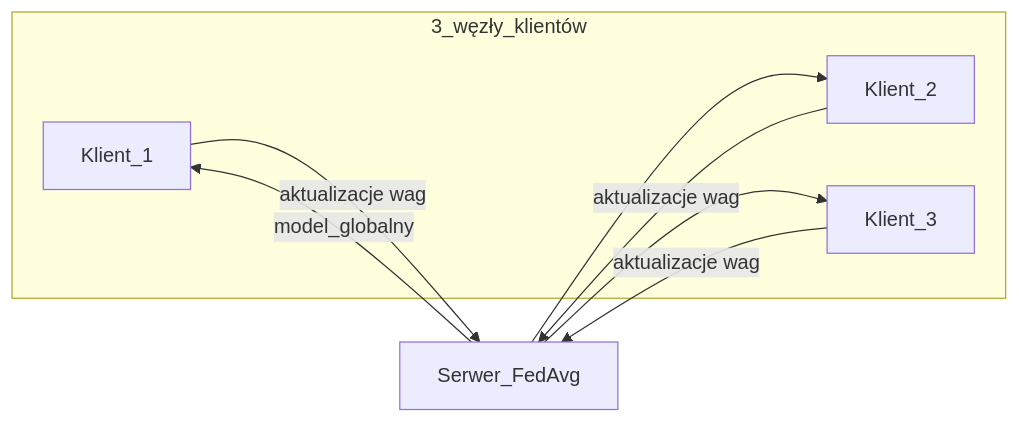
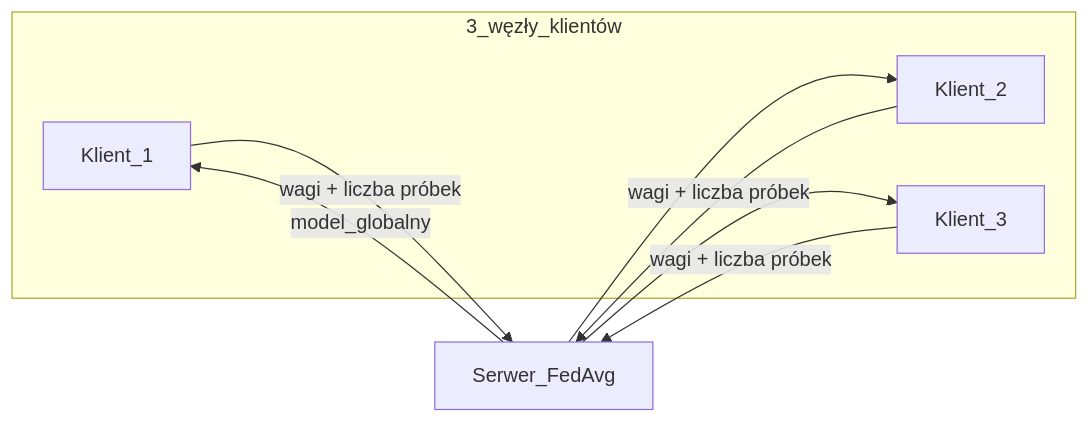
The first of 2 diagrams in docs/PLAN_REALIZACJI.md (mblkx/Federal-Bureau-of-Investigation), drawn with Mermaid before and after one commit. The commit also changed other lines of this file and 1 other file, not shown here.

````diff
--- a/docs/PLAN_REALIZACJI.md
+++ b/docs/PLAN_REALIZACJI.md
@@ -45,15 +48,15 @@
 ```mermaid
 flowchart LR
   subgraph clients [3_węzły_klientów]
     C1[Klient_1]
     C2[Klient_2]
     C3[Klient_3]
   end
   S[Serwer_FedAvg]
-  C1 -->|"aktualizacje wag"| S
-  C2 -->|"aktualizacje wag"| S
-  C3 -->|"aktualizacje wag"| S
+  C1 -->|"wagi + liczba próbek"| S
+  C2 -->|"wagi + liczba próbek"| S
+  C3 -->|"wagi + liczba próbek"| S
   S -->|"model_globalny"| C1
   S --> C2
   S --> C3
 ```
````
